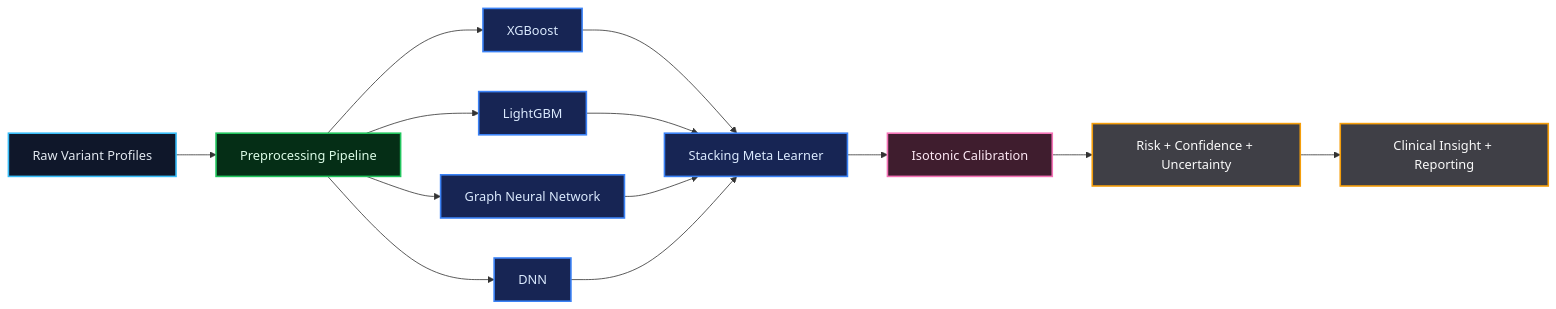
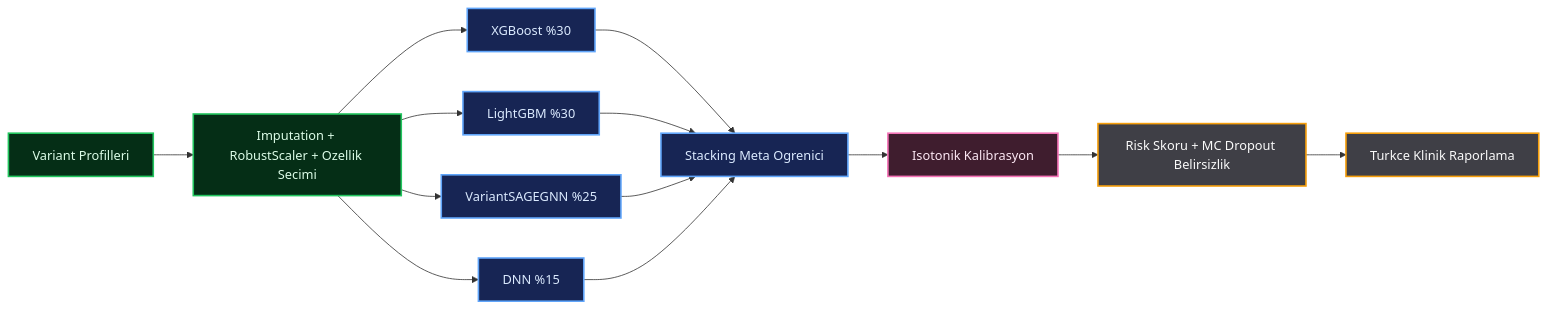
One commit to msgxr/VARIANT-GNN changed the first of 2 diagrams in README.md. Above: the diagram before and after it, drawn with Mermaid. The commit also changed other lines of this file, not shown here.

````diff
--- a/README.md
+++ b/README.md
@@ -56,23 +39,22 @@
 ```mermaid
 flowchart LR
-    classDef data fill:#0f172a,color:#e2e8f0,stroke:#38bdf8,stroke-width:2px;
     classDef prep fill:#052e16,color:#dcfce7,stroke:#22c55e,stroke-width:2px;
-    classDef model fill:#172554,color:#dbeafe,stroke:#3b82f6,stroke-width:2px;
-    classDef eval fill:#3f1d2e,color:#fce7f3,stroke:#f472b6,stroke-width:2px;
+    classDef model fill:#172554,color:#dbeafe,stroke:#60a5fa,stroke-width:2px;
+    classDef post fill:#3f1d2e,color:#fce7f3,stroke:#f472b6,stroke-width:2px;
     classDef out fill:#3f3f46,color:#fafafa,stroke:#f59e0b,stroke-width:2px;
 
-    A[Raw Variant Profiles]:::data --> B[Preprocessing Pipeline]:::prep
-    B --> C1[XGBoost]:::model
-    B --> C2[LightGBM]:::model
-    B --> C3[Graph Neural Network]:::model
-    B --> C4[DNN]:::model
+    A[Variant Profilleri]:::prep --> B[Imputation + RobustScaler + Ozellik Secimi]:::prep
+    B --> C1[XGBoost %30]:::model
+    B --> C2[LightGBM %30]:::model
+    B --> C3[VariantSAGEGNN %25]:::model
+    B --> C4[DNN %15]:::model
 
-    C1 --> D[Stacking Meta Learner]:::model
+    C1 --> D[Stacking Meta Ogrenici]:::model
     C2 --> D
     C3 --> D
     C4 --> D
 
-    D --> E[Isotonic Calibration]:::eval
-    E --> F[Risk + Confidence + Uncertainty]:::out
-    F --> G[Clinical Insight + Reporting]:::out
+    D --> E[Isotonik Kalibrasyon]:::post
+    E --> F[Risk Skoru + MC Dropout Belirsizlik]:::out
+    F --> G[Turkce Klinik Raporlama]:::out
 ```
````
